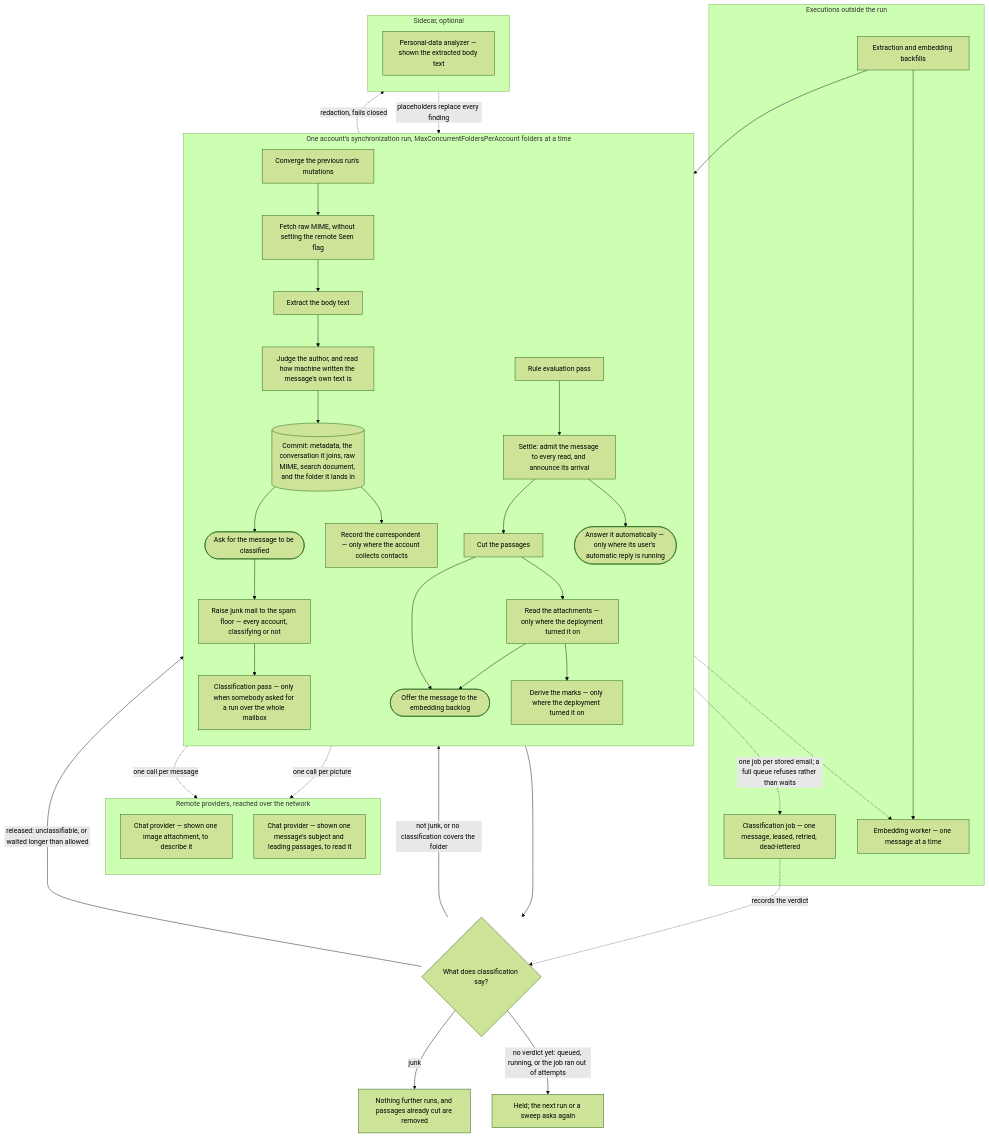
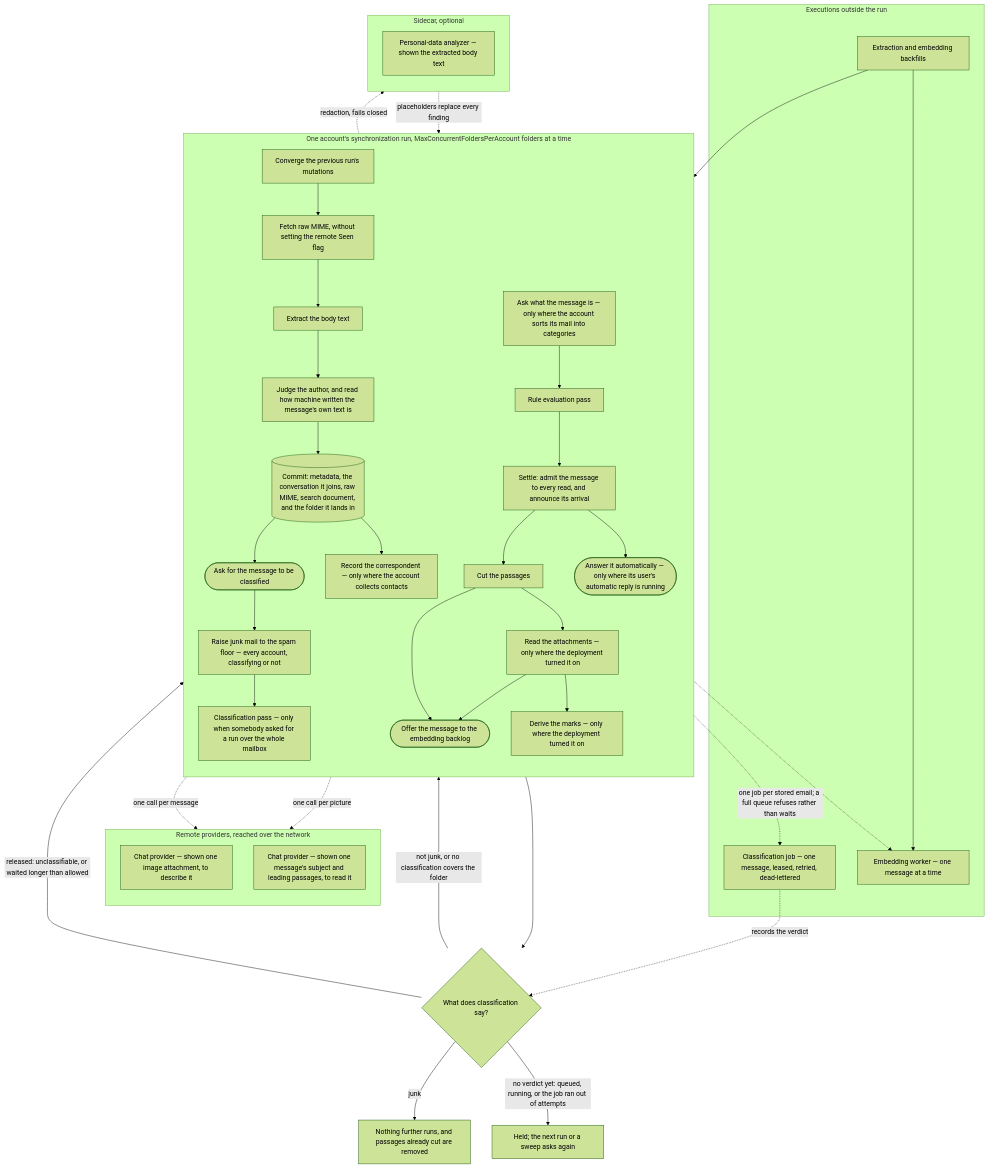
Before and after one commit to fathomise/MailFathom: the diagram in docs/architecture/arrival-pipeline.md, drawn with Mermaid (forest theme). The commit also changed other lines of this file and 81 other files, not shown here.

First line of the commit message:
[#3118] Ask a decision model what each arriving message is and which of its mailbox's own categories it matches (#3144)

````diff
--- a/docs/architecture/arrival-pipeline.md
+++ b/docs/architecture/arrival-pipeline.md
@@ -16,65 +16,66 @@
 ```mermaid
 flowchart TD
     subgraph run["One account's synchronization run, MaxConcurrentFoldersPerAccount folders at a time"]
         direction TB
         converge["Converge the previous run's mutations"]
         fetch["Fetch raw MIME, without setting the remote Seen flag"]
         extract["Extract the body text"]
         judge["Judge the author, and read how machine written the message's own text is"]
         commit[("Commit: metadata, the conversation it joins, raw MIME, search document, and the folder it lands in")]
         ask(["Ask for the message to be classified"])
         collect["Record the correspondent — only where the account collects contacts"]
         floor["Raise junk mail to the spam floor — every account, classifying or not"]
         classify["Classification pass — only when somebody asked for a run over the whole mailbox"]
+        categorize["Ask what the message is — only where the account sorts its mail into categories"]
         rules["Rule evaluation pass"]
         settle["Settle: admit the message to every read, and announce its arrival"]
         reply(["Answer it automatically — only where its user's automatic reply is running"])
         cut["Cut the passages"]
         read["Read the attachments — only where the deployment turned it on"]
         offer(["Offer the message to the embedding backlog"])
         enrich["Derive the marks — only where the deployment turned it on"]
     end
 
     subgraph sidecars["Sidecar, optional"]
         direction TB
         presidio["Personal-data analyzer — shown the extracted body text"]
     end
 
     subgraph remote["Remote providers, reached over the network"]
         direction TB
         vision["Chat provider — shown one image attachment, to describe it"]
         enricher["Chat provider — shown one message's subject and leading passages, to read it"]
     end
 
     subgraph elsewhere["Executions outside the run"]
         job["Classification job — one message, leased, retried, dead-lettered"]
         worker["Embedding worker — one message at a time"]
         sweeps["Extraction and embedding backfills"]
     end
 
     converge --> fetch --> extract --> judge
     judge -. "redaction, fails closed" .-> presidio
     presidio -. "placeholders replace every finding" .-> judge
     judge --> commit
     commit --> ask
     commit --> collect
     ask -. "one job per stored email; a full queue refuses rather than waits" .-> job
     ask --> floor --> classify
     job -. "records the verdict" .-> gate
     classify --> gate{"What does classification say?"}
     gate -- "junk" --> withheld["Nothing further runs, and passages already cut are removed"]
-    gate -- "not junk, or no classification covers the folder" --> rules
+    gate -- "not junk, or no classification covers the folder" --> categorize
     gate -- "no verdict yet: queued, running, or the job ran out of attempts" --> held["Held; the next run or a sweep asks again"]
-    gate -- "released: unclassifiable, or waited longer than allowed" --> rules
-    rules --> settle --> cut
+    gate -- "released: unclassifiable, or waited longer than allowed" --> categorize
+    categorize --> rules --> settle --> cut
     settle --> reply
     cut --> offer
     cut --> read
     read --> offer
     read -. "one call per picture" .-> vision
     read --> enrich
     enrich -. "one call per message" .-> enricher
     offer -.-> worker
     sweeps --> cut
     sweeps --> worker
 ```
````
